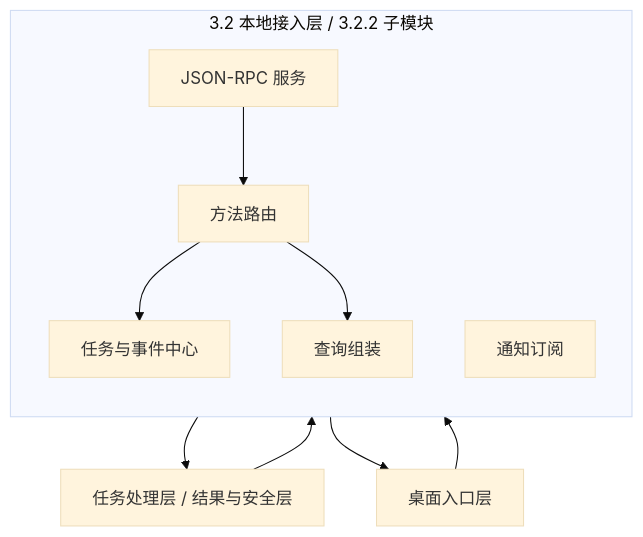
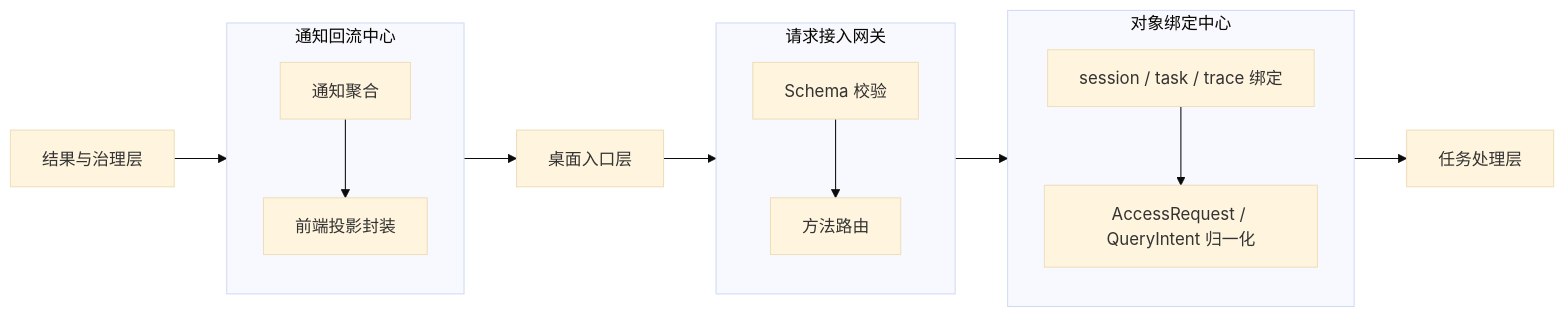
One commit to Blackcloudss/CialloClaw changed the fifth of 20 diagrams in docs/architecture-overview.md. Above: the diagram before and after it, drawn with Mermaid (base theme). The commit also changed other lines of this file, not shown here.

Commit message:
Update architecture design document

````diff
--- a/docs/architecture-overview.md
+++ b/docs/architecture-overview.md
@@ -229,23 +405,29 @@
 ```mermaid
-flowchart TB
-    PREV[桌面入口层]
+flowchart LR
+    UI[桌面入口层]
 
-    subgraph AccessLayer[3.2 本地接入层 / 3.2.2 子模块]
+    subgraph GW[请求接入网关]
         direction TB
-        RPC[JSON-RPC 服务]
-        ROUTER[方法路由]
-        CENTER[任务与事件中心]
-        QUERY[查询组装]
-        STREAM[通知订阅]
+        A1a[Schema 校验]
+        A1b[方法路由]
     end
 
-    NEXT[任务处理层 / 结果与安全层]
+    subgraph BIND[对象绑定中心]
+        direction TB
+        A2a[session / task / trace 绑定]
+        A2b[AccessRequest / QueryIntent 归一化]
+    end
 
-    PREV --> RPC
-    RPC --> ROUTER
-    ROUTER --> CENTER
-    ROUTER --> QUERY
-    CENTER --> NEXT
-    NEXT --> STREAM
-    STREAM --> PREV
+    subgraph NOTIFY[通知回流中心]
+        direction TB
+        A3a[通知聚合]
+        A3b[前端投影封装]
+    end
+
+    T[任务处理层]
+    G[结果与治理层]
+
+    UI --> A1a
+    A1a --> A1b --> A2a --> A2b --> T
+    G --> A3a --> A3b --> UI
 ```
````
